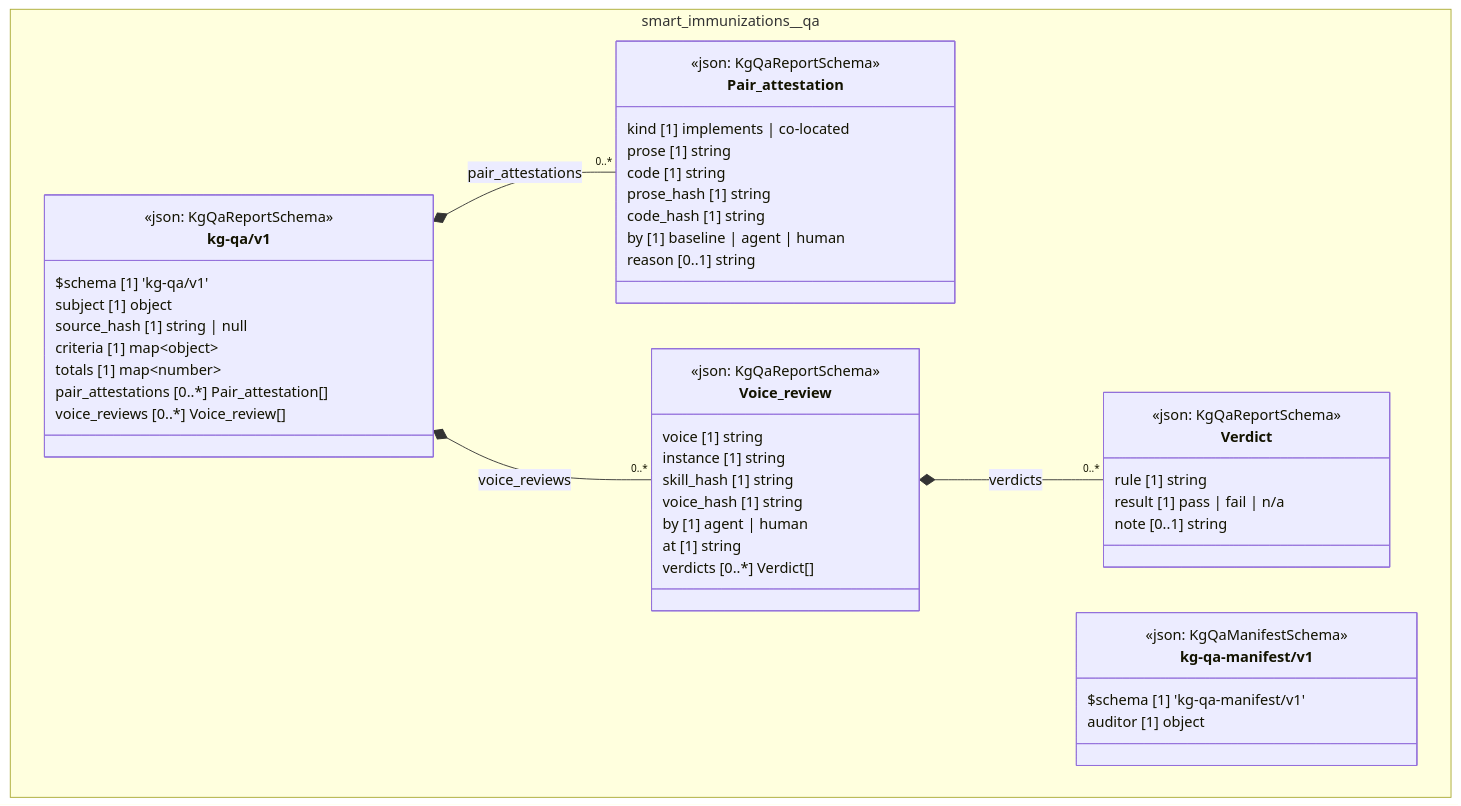
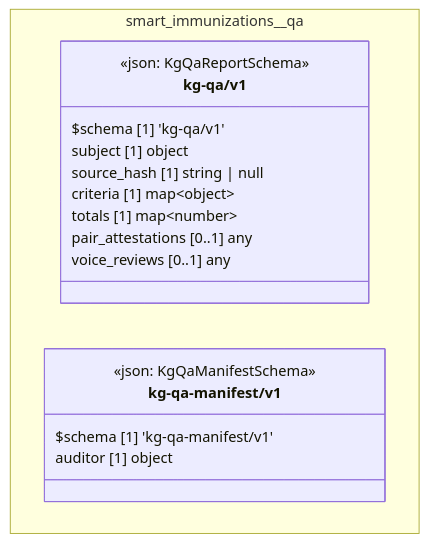
Before and after one commit to litlfred/folio-assistant: the diagram in cat-harness/docs/uml/overview/smart-immunizations/qa.md, drawn with Mermaid. The commit also changed 234 other files, not shown here.

````diff
--- a/cat-harness/docs/uml/overview/smart-immunizations/qa.md
+++ b/cat-harness/docs/uml/overview/smart-immunizations/qa.md
@@ -42,55 +42,23 @@
 ```mermaid
 classDiagram
   direction TB
   namespace smart_immunizations__qa {
-    class smart_immunizations_qa_kg_qa_v1_Pair_attestation["Pair_attestation"] {
-      <<json: KgQaReportSchema>>
-      kind [1] implements | co-located
-      prose [1] string
-      code [1] string
-      prose_hash [1] string
-      code_hash [1] string
-      by [1] baseline | agent | human
-      reason [0..1] string
-    }
-    class smart_immunizations_qa_kg_qa_v1_Verdict["Verdict"] {
-      <<json: KgQaReportSchema>>
-      rule [1] string
-      result [1] pass | fail | n/a
-      note [0..1] string
-    }
-    class smart_immunizations_qa_kg_qa_v1_Voice_review["Voice_review"] {
-      <<json: KgQaReportSchema>>
-      voice [1] string
-      instance [1] string
-      skill_hash [1] string
-      voice_hash [1] string
-      by [1] agent | human
-      at [1] string
-      verdicts [0..*] Verdict[]
-    }
     class smart_immunizations_qa_kg_qa_v1_kg_qa_v1["kg-qa/v1"] {
       <<json: KgQaReportSchema>>
       $schema [1] 'kg-qa/v1'
       subject [1] object
       source_hash [1] string | null
       criteria [1] map~object~
       totals [1] map~number~
-      pair_attestations [0..*] Pair_attestation[]
-      voice_reviews [0..*] Voice_review[]
+      pair_attestations [0..1] any
+      voice_reviews [0..1] any
     }
     class smart_immunizations_qa_kg_qa_manifest_v1_kg_qa_manifest_v1["kg-qa-manifest/v1"] {
       <<json: KgQaManifestSchema>>
       $schema [1] 'kg-qa-manifest/v1'
       auditor [1] object
     }
   }
-  smart_immunizations_qa_kg_qa_v1_kg_qa_v1 *-- "0..*" smart_immunizations_qa_kg_qa_v1_Pair_attestation : pair_attestations
-  smart_immunizations_qa_kg_qa_v1_Voice_review *-- "0..*" smart_immunizations_qa_kg_qa_v1_Verdict : verdicts
-  smart_immunizations_qa_kg_qa_v1_kg_qa_v1 *-- "0..*" smart_immunizations_qa_kg_qa_v1_Voice_review : voice_reviews
-  cssClass "smart_immunizations_qa_kg_qa_v1_Pair_attestation" fa_uml_kind_qa
-  cssClass "smart_immunizations_qa_kg_qa_v1_Verdict" fa_uml_kind_qa
-  cssClass "smart_immunizations_qa_kg_qa_v1_Voice_review" fa_uml_kind_qa
   cssClass "smart_immunizations_qa_kg_qa_v1_kg_qa_v1" fa_uml_kind_qa
   cssClass "smart_immunizations_qa_kg_qa_manifest_v1_kg_qa_manifest_v1" fa_uml_kind_qa
 ```
````
